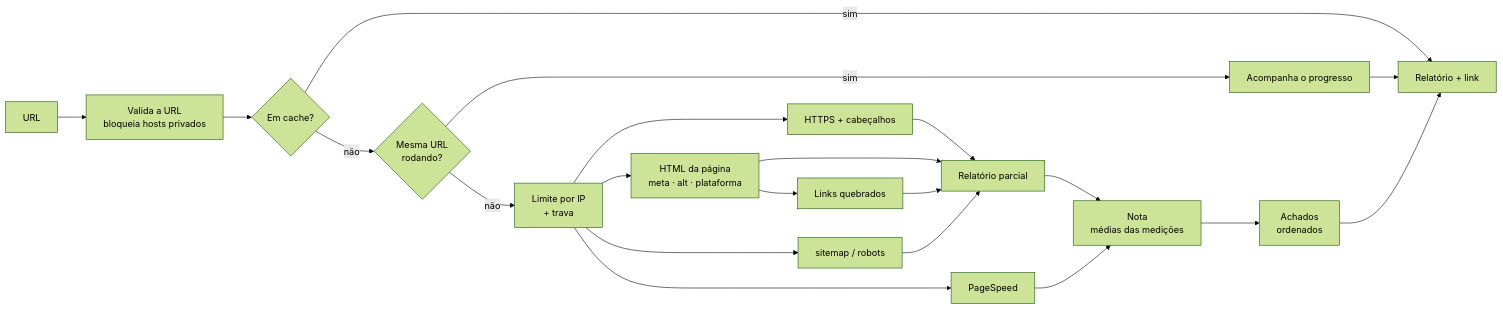
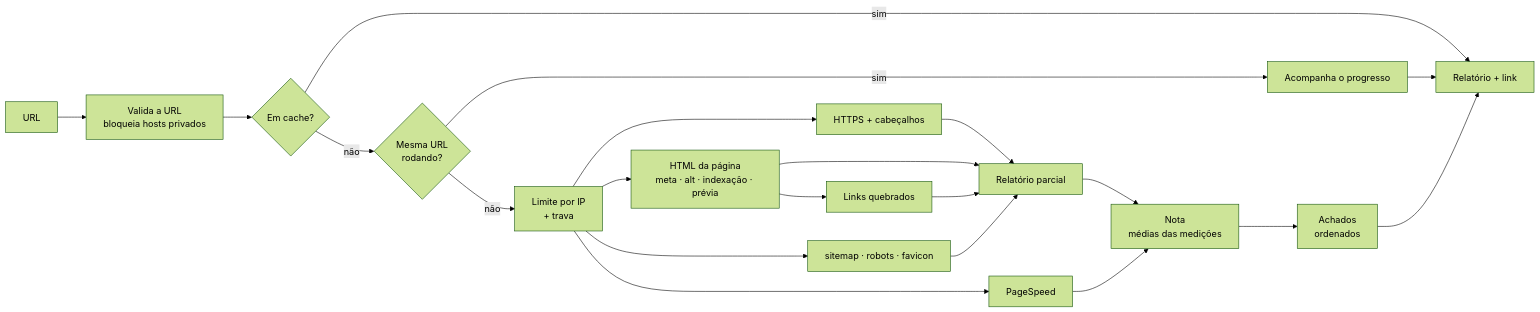
One commit to leodds21/Website-reviewer changed the diagram in README.pt-BR.md. Above: the diagram before and after it, drawn with Mermaid (forest theme). The commit also changed other lines of this file and 3 other files, not shown here.

````diff
--- a/README.pt-BR.md
+++ b/README.pt-BR.md
@@ -44,19 +45,19 @@
 ```mermaid
 flowchart LR
     U[URL] --> V[Valida a URL<br/>bloqueia hosts privados]
     V --> C{Em cache?}
     C -- sim --> R
     C -- não --> I{Mesma URL<br/>rodando?}
     I -- sim --> W[Acompanha o progresso]
     W --> R
     I -- não --> L[Limite por IP<br/>+ trava]
     L --> H[HTTPS + cabeçalhos]
-    L --> P[HTML da página<br/>meta · alt · plataforma]
+    L --> P[HTML da página<br/>meta · alt · indexação · prévia]
     P --> K[Links quebrados]
-    L --> S[sitemap / robots]
+    L --> S[sitemap · robots · favicon]
     L --> G[PageSpeed]
     H & P & K & S --> PR[Relatório parcial]
     PR & G --> SC[Nota<br/>médias das medições]
     SC --> F[Achados<br/>ordenados]
     F --> R[Relatório + link]
 ```
````
